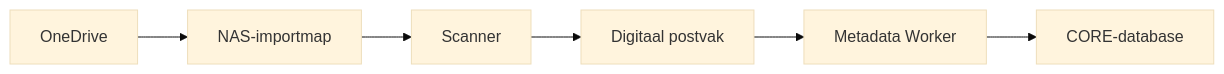
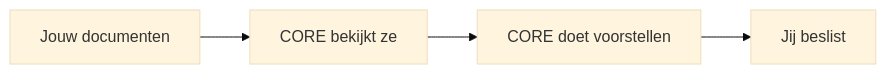
The first of 7 diagrams in docs/wiki/core-in-gewone-taal.md (hugcoding/core-platform), drawn with Mermaid (base theme) before and after one commit. The commit also changed other lines of this file, not shown here.

Commit message:
Simplify non-technical CORE overview

````diff
--- a/docs/wiki/core-in-gewone-taal.md
+++ b/docs/wiki/core-in-gewone-taal.md
@@ -28,8 +9,6 @@
 ```mermaid
 flowchart LR
-    A["OneDrive"] --> B["NAS-importmap"]
-    B --> C["Scanner"]
-    C --> D["Digitaal postvak"]
-    D --> E["Metadata Worker"]
-    E --> F["CORE-database"]
+    A["Jouw documenten"] --> B["CORE bekijkt ze"]
+    B --> C["CORE doet voorstellen"]
+    C --> D["Jij beslist"]
 ```
````
